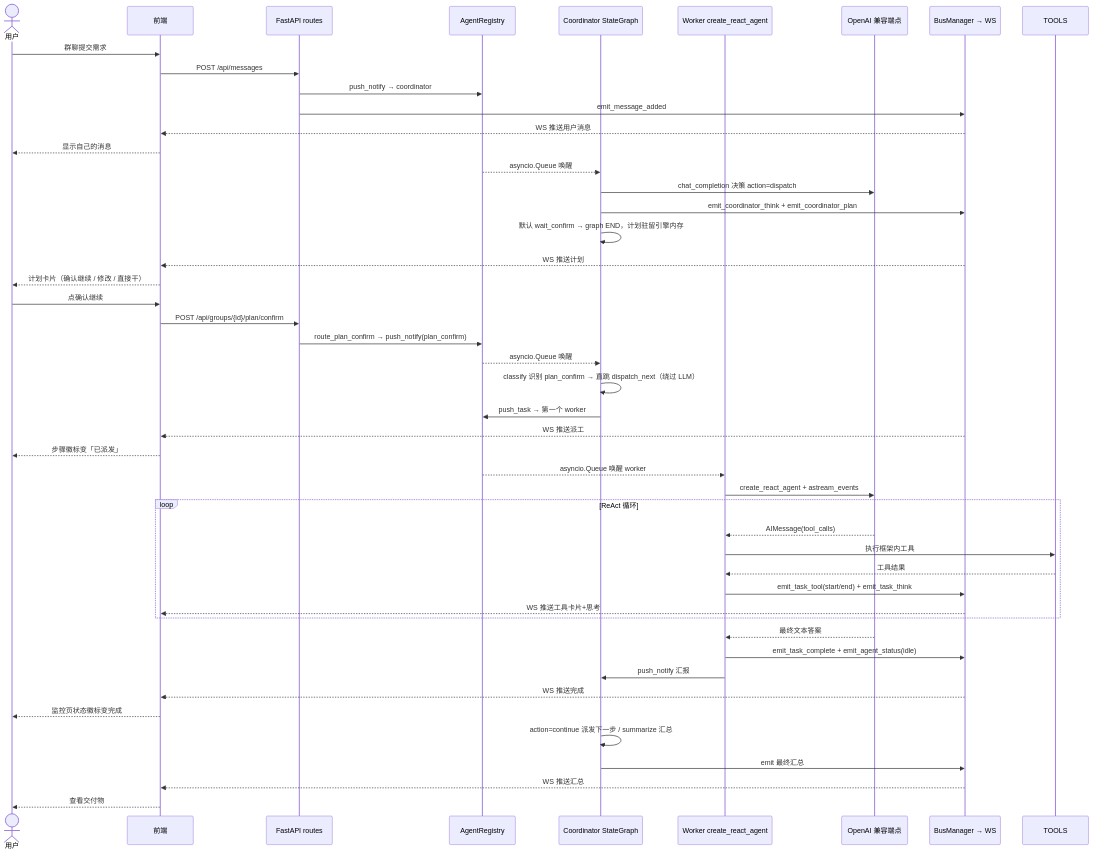
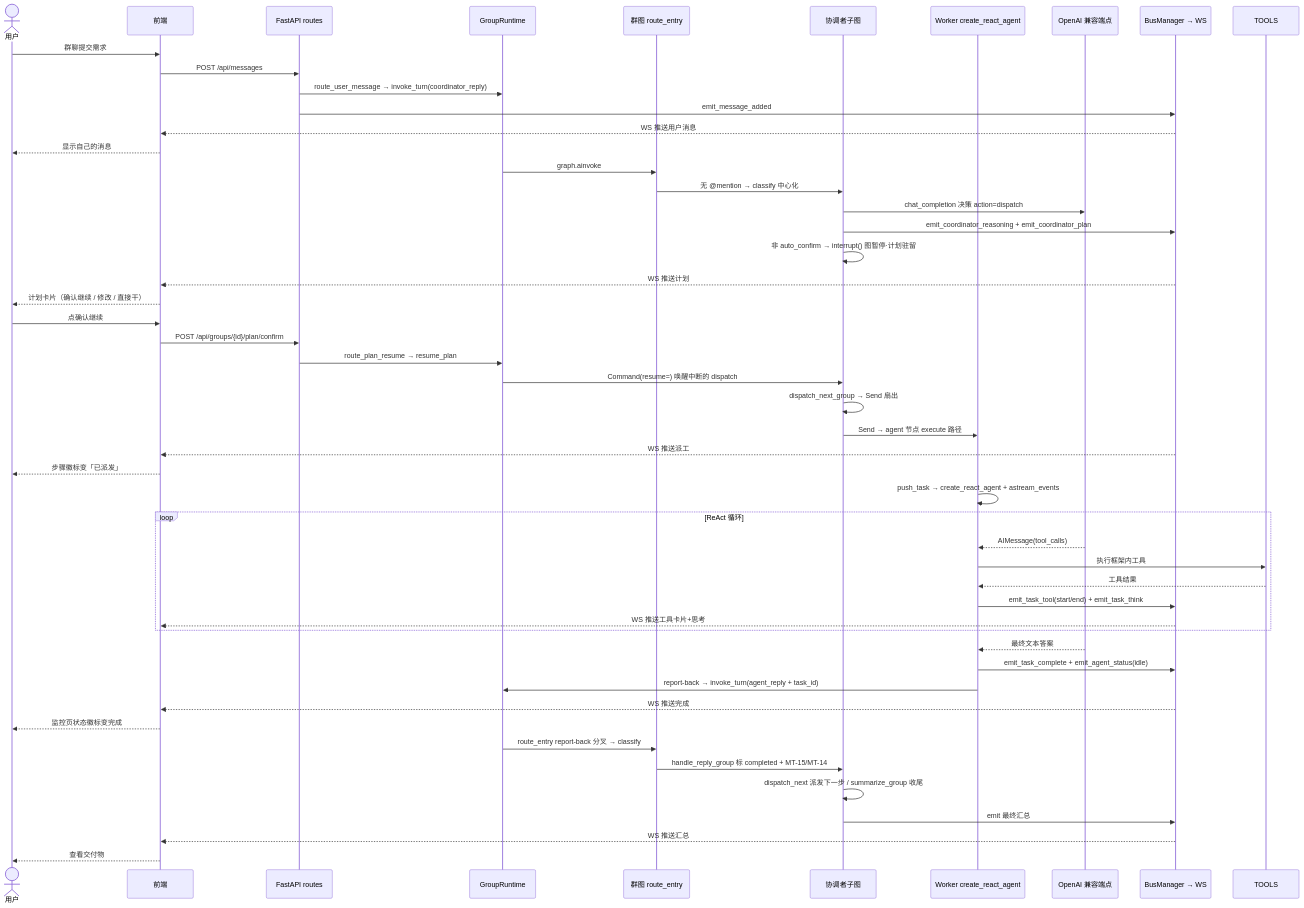
Before and after one commit to free-wyq/multi-Agent: the sixth of 6 diagrams in README.md, drawn with Mermaid. The commit also changed other lines of this file, not shown here.

````diff
--- a/README.md
+++ b/README.md
@@ -121,54 +230,57 @@
 ```mermaid
 sequenceDiagram
     actor U as 用户
     participant F as 前端
     participant API as FastAPI routes
-    participant REG as AgentRegistry
-    participant CO as Coordinator StateGraph
+    participant RT as GroupRuntime
+    participant GR as 群图 route_entry
+    participant CO as 协调者子图
     participant WK as Worker create_react_agent
     participant LLM as OpenAI 兼容端点
     participant BUS as BusManager → WS
 
     U->>F: 群聊提交需求
     F->>API: POST /api/messages
-    API->>REG: push_notify → coordinator
+    API->>RT: route_user_message → invoke_turn(coordinator_reply)
     API->>BUS: emit_message_added
     BUS-->>F: WS 推送用户消息
     F-->>U: 显示自己的消息
 
-    REG-->>CO: asyncio.Queue 唤醒
+    RT->>GR: graph.ainvoke
+    GR->>CO: 无 @mention → classify 中心化
     CO->>LLM: chat_completion 决策 action=dispatch
-    CO->>BUS: emit_coordinator_think + emit_coordinator_plan
-    CO->>CO: 默认 wait_confirm → graph END，计划驻留引擎内存
+    CO->>BUS: emit_coordinator_reasoning + emit_coordinator_plan
+    CO->>CO: 非 auto_confirm → interrupt() 图暂停·计划驻留
     BUS-->>F: WS 推送计划
     F-->>U: 计划卡片（确认继续 / 修改 / 直接干）
 
     U->>F: 点确认继续
     F->>API: POST /api/groups/{id}/plan/confirm
-    API->>REG: route_plan_confirm → push_notify(plan_confirm)
-    REG-->>CO: asyncio.Queue 唤醒
-    CO->>CO: classify 识别 plan_confirm → 直跳 dispatch_next（绕过 LLM）
-    CO->>REG: push_task → 第一个 worker
+    API->>RT: route_plan_resume → resume_plan
+    RT->>CO: Command(resume=) 唤醒中断的 dispatch
+    CO->>CO: dispatch_next_group → Send 扇出
+    CO->>WK: Send → agent 节点 execute 路径
     BUS-->>F: WS 推送派工
     F-->>U: 步骤徽标变「已派发」
 
-    REG-->>WK: asyncio.Queue 唤醒 worker
-    WK->>LLM: create_react_agent + astream_events
+    WK->>WK: push_task → create_react_agent + astream_events
     loop ReAct 循环
         LLM-->>WK: AIMessage(tool_calls)
         WK->>TOOLS: 执行框架内工具
         TOOLS-->>WK: 工具结果
         WK->>BUS: emit_task_tool(start/end) + emit_task_think
         BUS-->>F: WS 推送工具卡片+思考
     end
     LLM-->>WK: 最终文本答案
     WK->>BUS: emit_task_complete + emit_agent_status(idle)
-    WK->>CO: push_notify 汇报
+    WK->>RT: report-back → invoke_turn(agent_reply + task_id)
     BUS-->>F: WS 推送完成
     F-->>U: 监控页状态徽标变完成
 
-    CO->>CO: action=continue 派发下一步 / summarize 汇总
+    RT->>GR: route_entry report-back 分叉 → classify
+    GR->>CO: handle_reply_group 标 completed + MT-15/MT-14
+    CO->>CO: dispatch_next 派发下一步 / summarize_group 收尾
     CO->>BUS: emit 最终汇总
     BUS-->>F: WS 推送汇总
     F-->>U: 查看交付物
 ```
````
